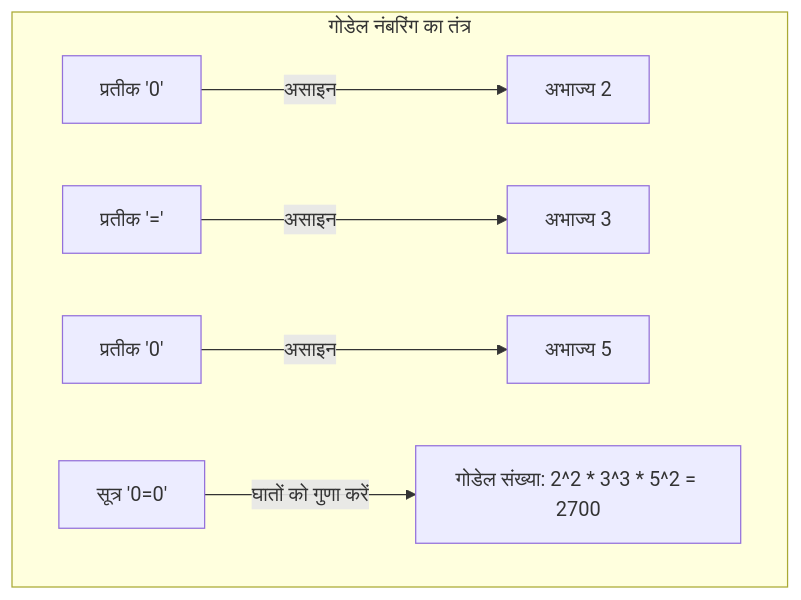
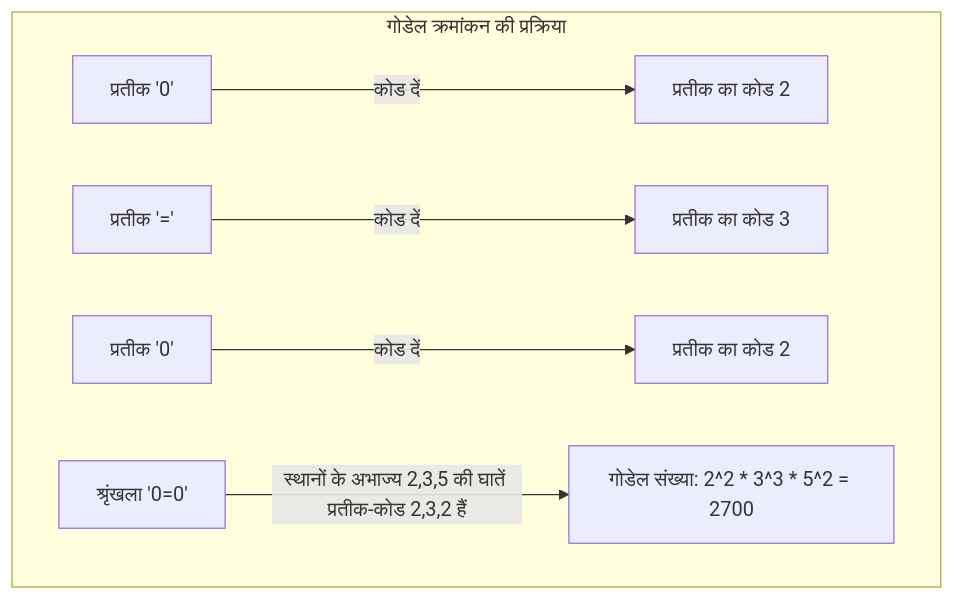
The third of 4 diagrams in content/post/godels-incompleteness-theorems/index.hi.md (kenjinote/blog), drawn with Mermaid before and after one commit. The commit also changed other lines of this file and 11 other files, not shown here.

````diff
--- a/content/post/godels-incompleteness-theorems/index.hi.md
+++ b/content/post/godels-incompleteness-theorems/index.hi.md
@@ -97,9 +93,9 @@
 ```mermaid
 graph TD
-    subgraph "गोडेल नंबरिंग का तंत्र"
-        S1["प्रतीक '0'"] -->|"असाइन"| N1["अभाज्य 2"]
-        S2["प्रतीक '='"] -->|"असाइन"| N2["अभाज्य 3"]
-        S3["प्रतीक '0'"] -->|"असाइन"| N3["अभाज्य 5"]
-        F["सूत्र '0=0'"] -->|"घातों को गुणा करें"| GN["गोडेल संख्या: 2^2 * 3^3 * 5^2 = 2700"]
+    subgraph "गोडेल क्रमांकन की प्रक्रिया"
+        S1["प्रतीक '0'"] -->|"कोड दें"| N1["प्रतीक का कोड 2"]
+        S2["प्रतीक '='"] -->|"कोड दें"| N2["प्रतीक का कोड 3"]
+        S3["प्रतीक '0'"] -->|"कोड दें"| N3["प्रतीक का कोड 2"]
+        F["श्रृंखला '0=0'"] -->|"स्थानों के अभाज्य 2,3,5 की घातें प्रतीक-कोड 2,3,2 हैं"| GN["गोडेल संख्या: 2^2 * 3^3 * 5^2 = 2700"]
     end
 ```
````
